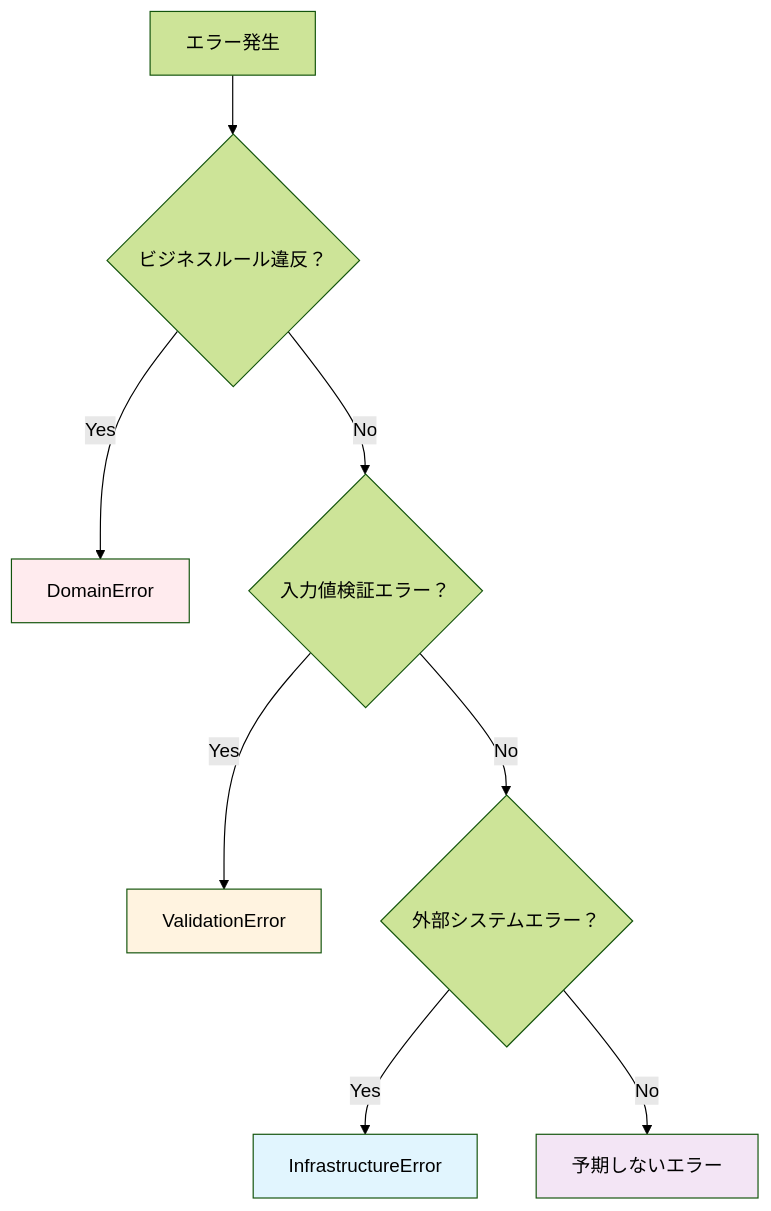
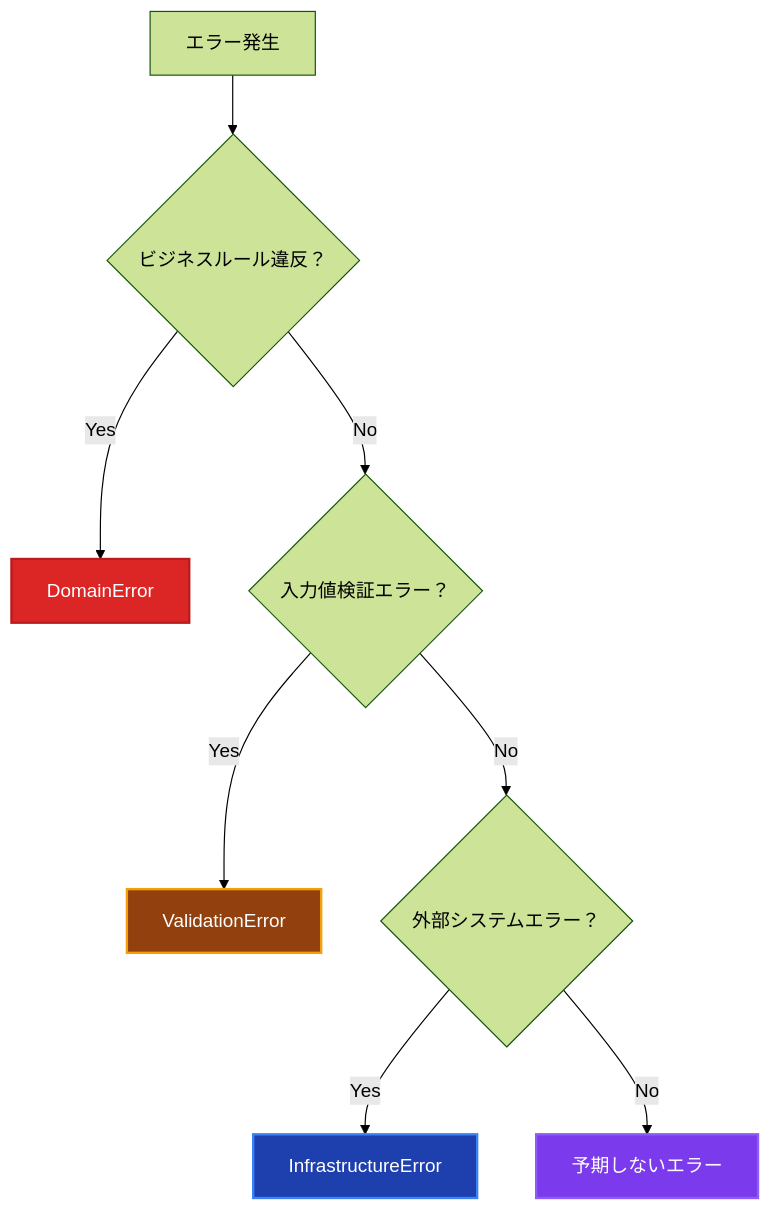
Before and after one commit to derushio/d-next-ddd-example: the second of 2 diagrams in _DOCS/guides/ddd/cross-cutting/error-handling.md, drawn with Mermaid (forest theme). The commit also changed other lines of this file and 31 other files, not shown here.

Commit message:
🎨: DOCSのMermaid図表カラーテーマを暗色に統一し視認性を向上

````diff
--- a/_DOCS/guides/ddd/cross-cutting/error-handling.md
+++ b/_DOCS/guides/ddd/cross-cutting/error-handling.md
@@ -639,15 +639,15 @@
 ```mermaid
 graph TD
     A[エラー発生] --> B{ビジネスルール違反？}
     B -->|Yes| C[DomainError]
     B -->|No| D{入力値検証エラー？}
     D -->|Yes| E[ValidationError]
     D -->|No| F{外部システムエラー？}
     F -->|Yes| G[InfrastructureError]
     F -->|No| H[予期しないエラー]
     
-    style C fill:#ffebee
-    style E fill:#fff3e0
-    style G fill:#e1f5fe
-    style H fill:#f3e5f5
+    style C fill:#dc2626,stroke:#b91c1c,stroke-width:2px,color:#ffffff
+    style E fill:#92400e,stroke:#f59e0b,stroke-width:2px,color:#ffffff
+    style G fill:#1e40af,stroke:#3b82f6,stroke-width:2px,color:#ffffff
+    style H fill:#7c3aed,stroke:#8b5cf6,stroke-width:2px,color:#ffffff
 ```
````
